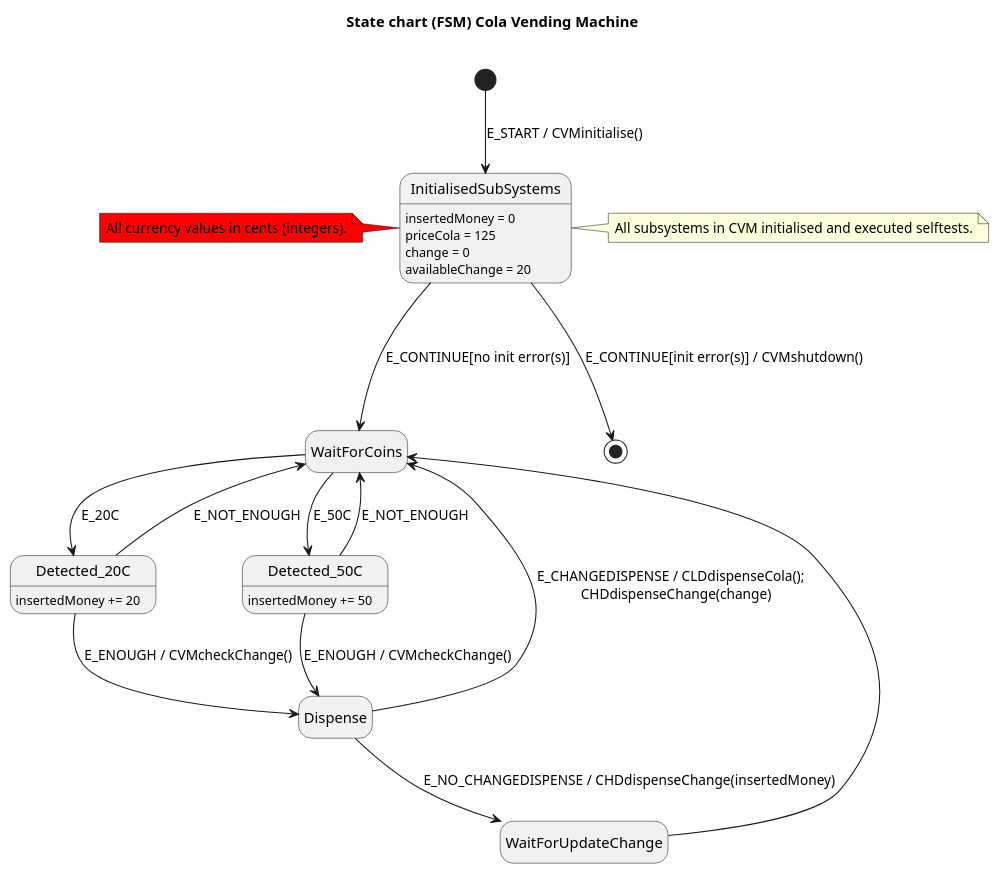
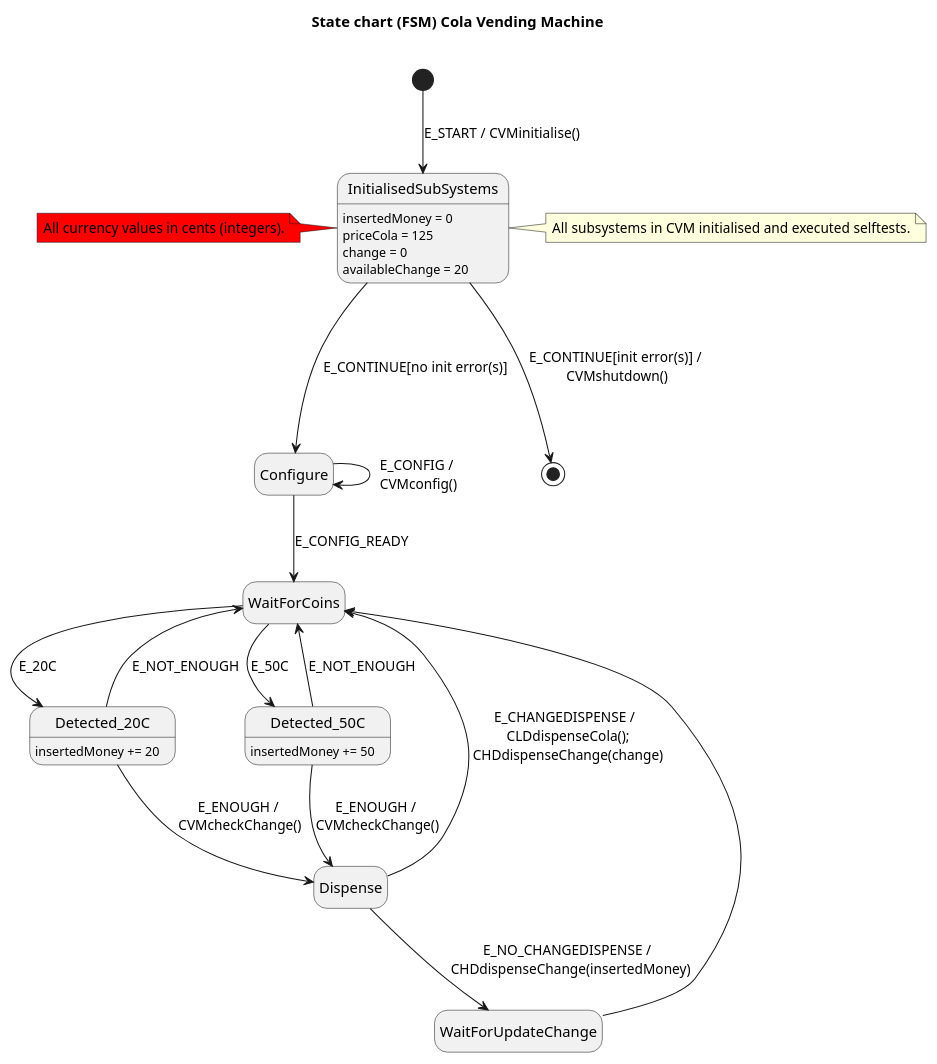
One commit to josokw/IntroductionC changed the diagram in ColaVendingMachine/CVM-dev/uml/ColaVendingMachine-5-fsm.puml. Above: the diagram before and after it, drawn with PlantUML. The commit also changed 7 other files, not shown here.

Commit message:
Add Config state, CVMconfig() empty function

```diff
--- a/ColaVendingMachine/CVM-dev/uml/ColaVendingMachine-5-fsm.puml
+++ b/ColaVendingMachine/CVM-dev/uml/ColaVendingMachine-5-fsm.puml
@@ -1,38 +1,40 @@
 @startuml
 
 hide empty description
 
 title State chart (FSM) Cola Vending Machine\n
 
 [*] --> InitialisedSubSystems : E_START / CVMinitialise()
 InitialisedSubSystems : insertedMoney = 0
 InitialisedSubSystems : priceCola = 125
 InitialisedSubSystems : change = 0
 InitialisedSubSystems : availableChange = 20
-InitialisedSubSystems ---> WaitForCoins : E_CONTINUE[no init error(s)]
-InitialisedSubSystems ---> [*] : E_CONTINUE[init error(s)] / CVMshutdown()
+InitialisedSubSystems ---> Configure: E_CONTINUE[no init error(s)]
+Configure --> WaitForCoins : E_CONFIG_READY
+Configure --> Configure : E_CONFIG /\n CVMconfig()
+InitialisedSubSystems ---> [*] : E_CONTINUE[init error(s)] /\n CVMshutdown()
 
 WaitForCoins --> Detected_20C : E_20C
 Detected_20C : insertedMoney += 20
 Detected_20C --> WaitForCoins : E_NOT_ENOUGH
-Detected_20C --> Dispense : E_ENOUGH / CVMcheckChange()
+Detected_20C --> Dispense : E_ENOUGH / \nCVMcheckChange()
 
 WaitForCoins --> Detected_50C : E_50C
 Detected_50C : insertedMoney += 50
 Detected_50C --> WaitForCoins : E_NOT_ENOUGH
-Detected_50C --> Dispense :  E_ENOUGH / CVMcheckChange()
+Detected_50C --> Dispense :  E_ENOUGH / \nCVMcheckChange()
 
-Dispense --> WaitForUpdateChange: E_NO_CHANGEDISPENSE / CHDdispenseChange(insertedMoney)
+Dispense --> WaitForUpdateChange: E_NO_CHANGEDISPENSE / \n CHDdispenseChange(insertedMoney)
 WaitForUpdateChange --> WaitForCoins
 
-Dispense --> WaitForCoins :  E_CHANGEDISPENSE / CLDdispenseCola();\n   CHDdispenseChange(change)
+Dispense --> WaitForCoins :  E_CHANGEDISPENSE / \n CLDdispenseCola();\n CHDdispenseChange(change)
 
 note right of InitialisedSubSystems
     All subsystems in CVM initialised and executed selftests.
 end note
 
 note left of InitialisedSubSystems #red
     All currency values in cents (integers).
 end note
 
 @enduml
```
